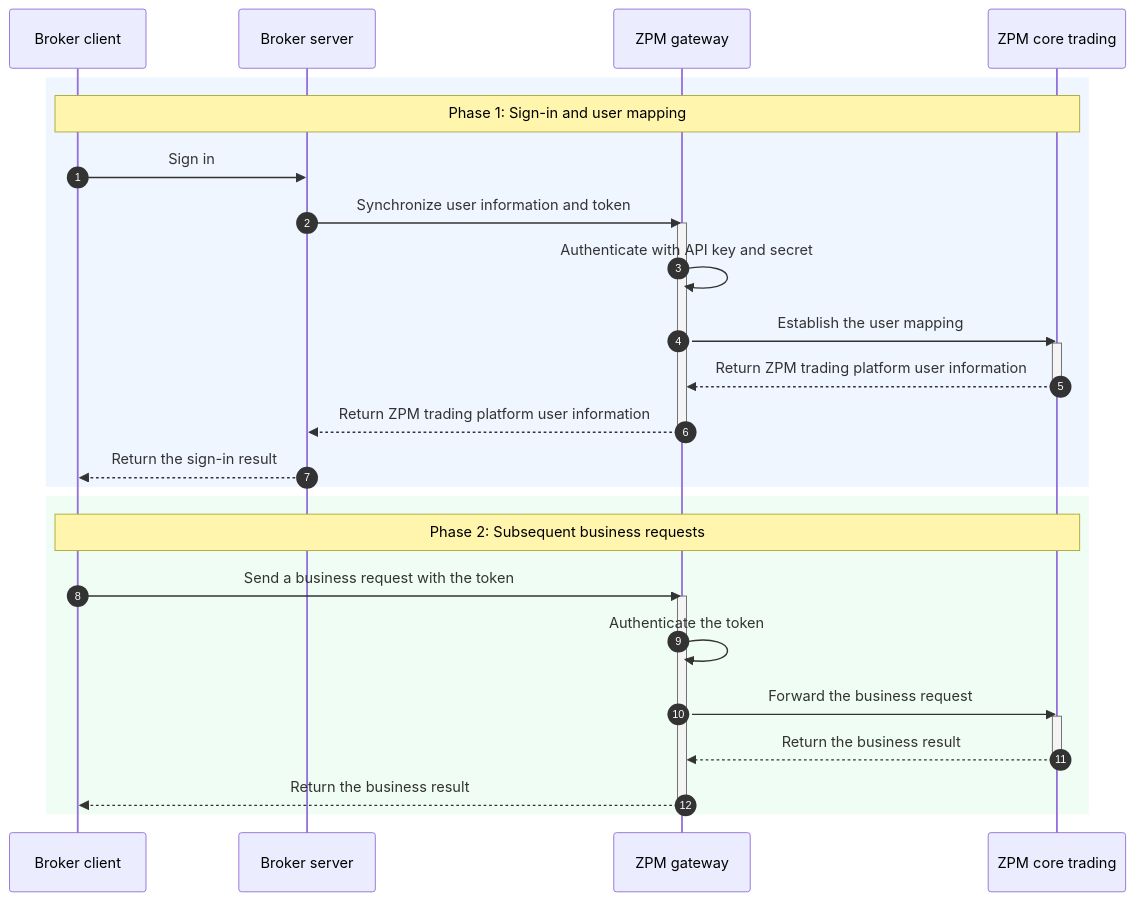
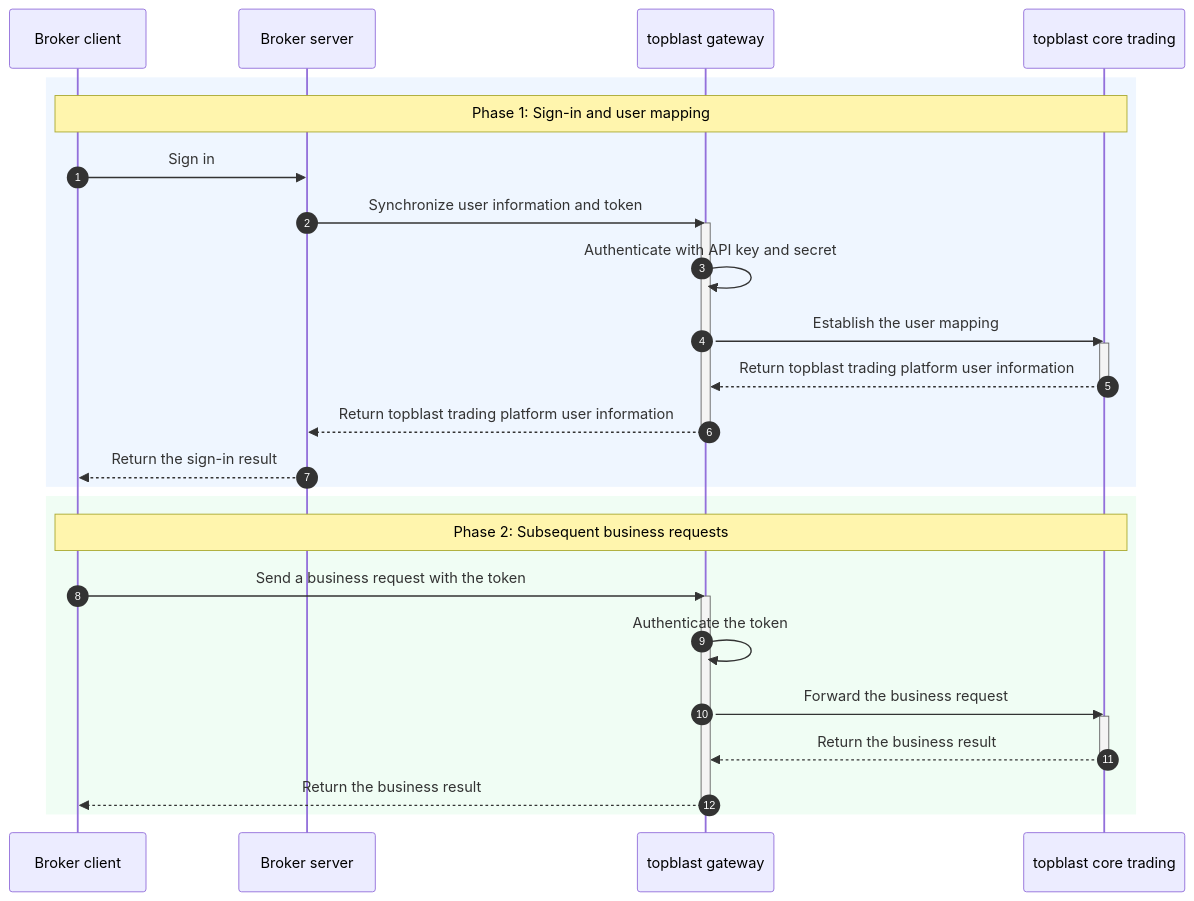
One commit to topblast-trade/docs changed the diagram in en/guide/introduction.mdx. Above: the diagram before and after it, drawn with Mermaid. The commit also changed other lines of this file and 24 other files, not shown here.

````diff
--- a/en/guide/introduction.mdx
+++ b/en/guide/introduction.mdx
@@ -33,39 +33,39 @@
 ```mermaid
 sequenceDiagram
     autonumber
 
     participant BrokerClient as Broker client
     participant BrokerServer as Broker server
-    participant Gateway as ZPM gateway
-    participant Core as ZPM core trading
+    participant Gateway as topblast gateway
+    participant Core as topblast core trading
 
     rect rgb(239, 246, 255)
         Note over BrokerClient,Core: Phase 1: Sign-in and user mapping
 
         BrokerClient->>BrokerServer: Sign in
         BrokerServer->>Gateway: Synchronize user information and token
         activate Gateway
         Gateway->>Gateway: Authenticate with API key and secret
         Gateway->>Core: Establish the user mapping
         activate Core
-        Core-->>Gateway: Return ZPM trading platform user information
+        Core-->>Gateway: Return topblast trading platform user information
         deactivate Core
-        Gateway-->>BrokerServer: Return ZPM trading platform user information
+        Gateway-->>BrokerServer: Return topblast trading platform user information
         deactivate Gateway
         BrokerServer-->>BrokerClient: Return the sign-in result
     end
 
     rect rgb(240, 253, 244)
         Note over BrokerClient,Core: Phase 2: Subsequent business requests
 
         BrokerClient->>Gateway: Send a business request with the token
         activate Gateway
         Gateway->>Gateway: Authenticate the token
         Gateway->>Core: Forward the business request
         activate Core
         Core-->>Gateway: Return the business result
         deactivate Core
         Gateway-->>BrokerClient: Return the business result
         deactivate Gateway
     end
 ```
````
